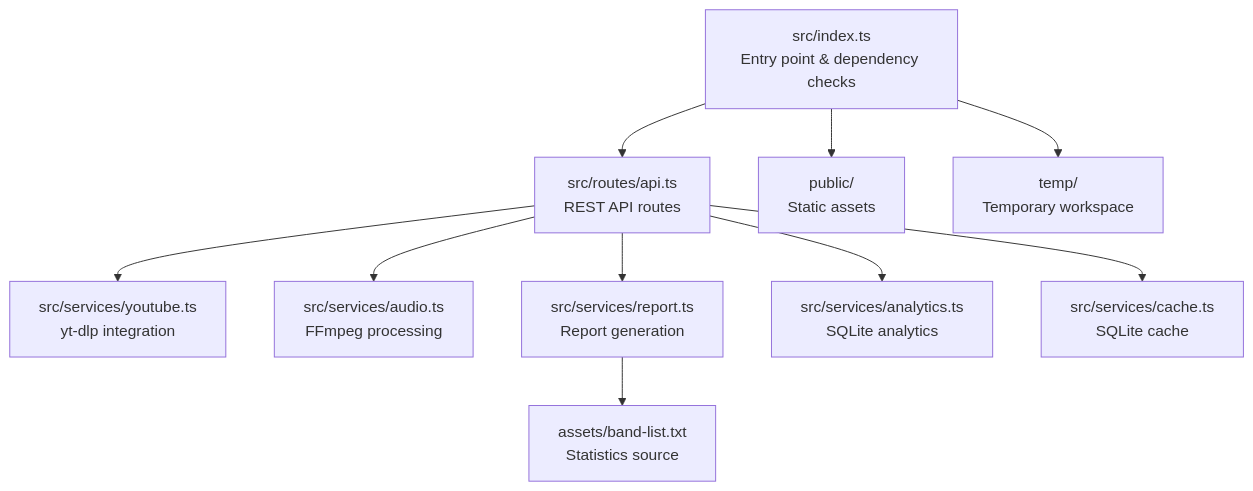
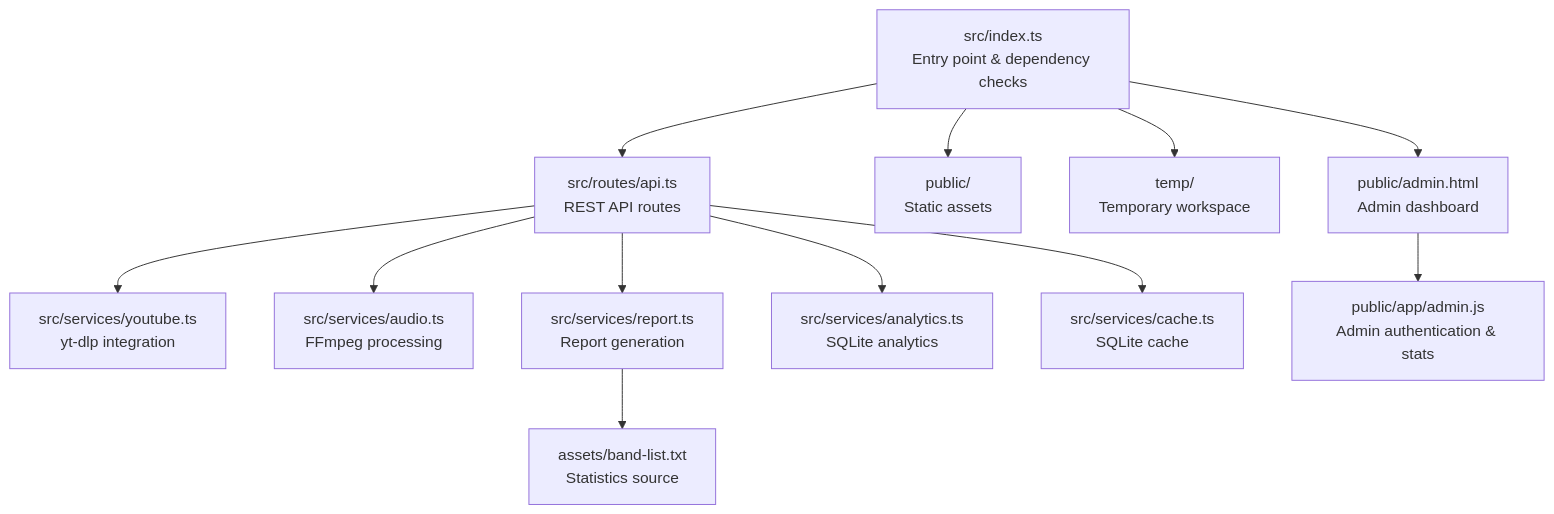
One commit to dkoukoul/kpop-random-dance-generator changed the first of 9 diagrams in .qoder/repowiki/en/content/Configuration and Deployment.md. Above: the diagram before and after it, drawn with Mermaid. The commit also changed other lines of this file and 3 other files, not shown here.

````diff
--- a/.qoder/repowiki/en/content/Configuration and Deployment.md
+++ b/.qoder/repowiki/en/content/Configuration and Deployment.md
@@ -43,12 +57,14 @@
 ```mermaid
 graph TB
 A["src/index.ts<br/>Entry point & dependency checks"] --> B["src/routes/api.ts<br/>REST API routes"]
 B --> C["src/services/youtube.ts<br/>yt-dlp integration"]
 B --> D["src/services/audio.ts<br/>FFmpeg processing"]
 B --> E["src/services/report.ts<br/>Report generation"]
 B --> F["src/services/analytics.ts<br/>SQLite analytics"]
 B --> G["src/services/cache.ts<br/>SQLite cache"]
 A --> H["public/<br/>Static assets"]
 A --> I["temp/<br/>Temporary workspace"]
 E --> J["assets/band-list.txt<br/>Statistics source"]
+A --> K["public/admin.html<br/>Admin dashboard"]
+K --> L["public/app/admin.js<br/>Admin authentication & stats"]
 ```
````
